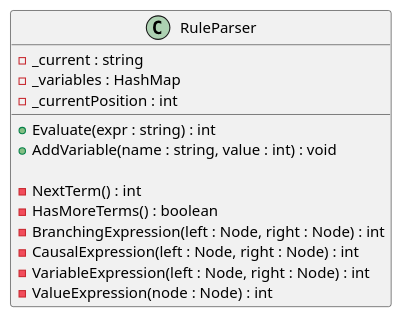
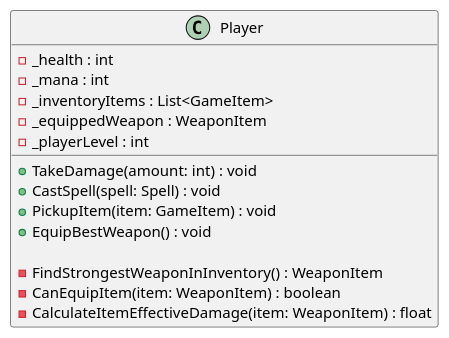
Before and after one commit to d-german/code-quality-design: the first of 3 diagrams in Writerside/topics/How-do-we-write-a-test-for-a-private-method.md, drawn with PlantUML. The commit also changed other lines of this file and 1 other file, not shown here.

Commit message:
Add quiz on test case design and refactor Player class to separate equipment management for improved SRP adherence and testability.

````diff
--- a/Writerside/topics/How-do-we-write-a-test-for-a-private-method.md
+++ b/Writerside/topics/How-do-we-write-a-test-for-a-private-method.md
@@ -19,23 +19,22 @@
-```plantuml
-
 ```plantuml
 @startuml
 
-class RuleParser {
-  - _current : string
-  - _variables : HashMap
-  - _currentPosition : int
+class Player {
+  - _health : int
+  - _mana : int
+  - _inventoryItems : List<GameItem>
+  - _equippedWeapon : WeaponItem
+  - _playerLevel : int
 
-  + Evaluate(expr : string) : int
-  + AddVariable(name : string, value : int) : void
+  + TakeDamage(amount: int) : void
+  + CastSpell(spell: Spell) : void
+  + PickupItem(item: GameItem) : void
+  + EquipBestWeapon() : void
 
-  - NextTerm() : int
-  - HasMoreTerms() : boolean
-  - BranchingExpression(left : Node, right : Node) : int
-  - CausalExpression(left : Node, right : Node) : int
-  - VariableExpression(left : Node, right : Node) : int
-  - ValueExpression(node : Node) : int
+  - FindStrongestWeaponInInventory() : WeaponItem
+  - CanEquipItem(item: WeaponItem) : boolean
+  - CalculateItemEffectiveDamage(item: WeaponItem) : float
 }
 
 @enduml
 ```
````
